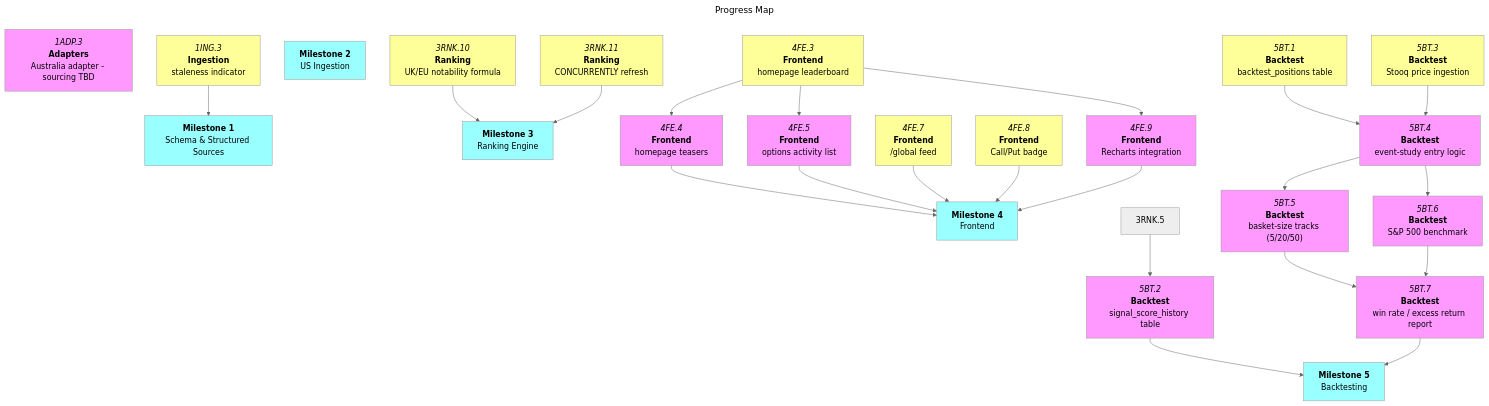
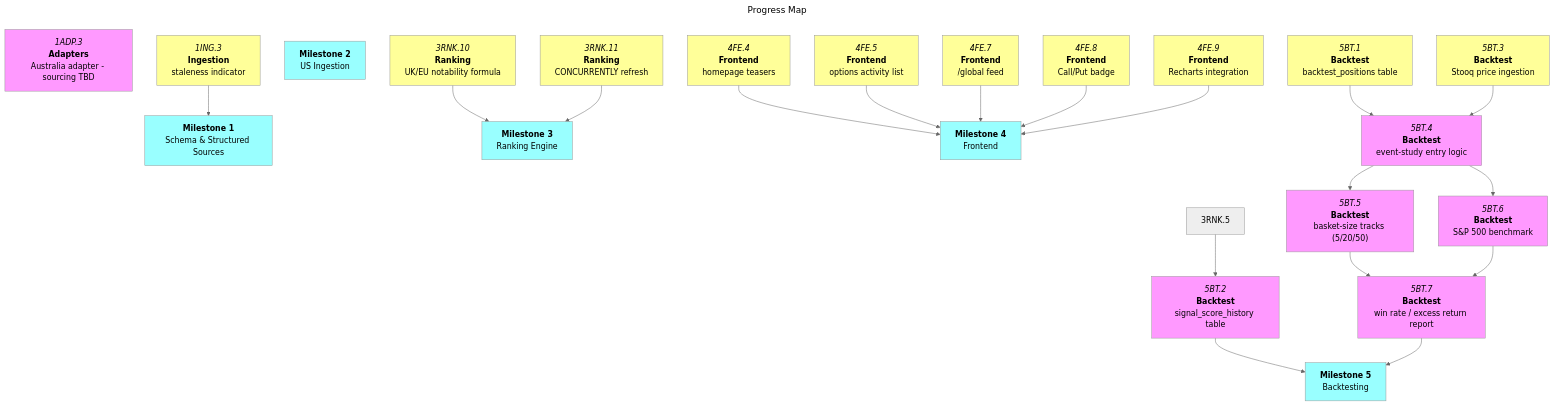
Before and after one commit to Oggie112/CrossBench: the diagram in docs/roadmaps/mvp.md, drawn with Mermaid (neutral theme). The commit also changed other lines of this file and 6 other files, not shown here.

First line of the commit message:
feat(frontend): build homepage top-5 leaderboard from mv_signal_scores (4FE.3)

````diff
--- a/docs/roadmaps/mvp.md
+++ b/docs/roadmaps/mvp.md
@@ -188,74 +189,69 @@
 ```mermaid
 ---
 title: Progress Map
 ---
 graph TD
 
 1ADP.3["`*1ADP.3*<br/>**Adapters**<br/>Australia adapter - sourcing TBD`"]:::blocked
 
 1ING.3["`*1ING.3*<br/>**Ingestion**<br/>staleness indicator`"]:::open
 
 m1["`**Milestone 1**<br/>Schema & Structured Sources`"]:::mile
 1ING.3 --> m1
 
 m2["`**Milestone 2**<br/>US Ingestion`"]:::mile
 
 3RNK.10["`*3RNK.10*<br/>**Ranking**<br/>UK/EU notability formula`"]:::open
 3RNK.10 --> m3
 
 3RNK.11["`*3RNK.11*<br/>**Ranking**<br/>CONCURRENTLY refresh`"]:::open
 3RNK.11 --> m3
 
 m3["`**Milestone 3**<br/>Ranking Engine`"]:::mile
 
-4FE.3["`*4FE.3*<br/>**Frontend**<br/>homepage leaderboard`"]:::open
+4FE.4["`*4FE.4*<br/>**Frontend**<br/>homepage teasers`"]:::open
 
-4FE.4["`*4FE.4*<br/>**Frontend**<br/>homepage teasers`"]:::blocked
-4FE.3 --> 4FE.4
-
-4FE.5["`*4FE.5*<br/>**Frontend**<br/>options activity list`"]:::blocked
-4FE.3 --> 4FE.5
+4FE.5["`*4FE.5*<br/>**Frontend**<br/>options activity list`"]:::open
 
 4FE.7["`*4FE.7*<br/>**Frontend**<br/>/global feed`"]:::open
 
 4FE.8["`*4FE.8*<br/>**Frontend**<br/>Call/Put badge`"]:::open
 
-4FE.9["`*4FE.9*<br/>**Frontend**<br/>Recharts integration`"]:::blocked
-4FE.3 --> 4FE.9
+4FE.9["`*4FE.9*<br/>**Frontend**<br/>Recharts integration`"]:::open
 
 m4["`**Milestone 4**<br/>Frontend`"]:::mile
 4FE.4 --> m4
 4FE.5 --> m4
 4FE.7 --> m4
 4FE.8 --> m4
 4FE.9 --> m4
 
 5BT.3["`*5BT.3*<br/>**Backtest**<br/>Stooq price ingestion`"]:::open
 
 5BT.1["`*5BT.1*<br/>**Backtest**<br/>backtest_positions table`"]:::open
 
 5BT.2["`*5BT.2*<br/>**Backtest**<br/>signal_score_history table`"]:::blocked
 3RNK.5 --> 5BT.2
 
 5BT.4["`*5BT.4*<br/>**Backtest**<br/>event-study entry logic`"]:::blocked
 5BT.1 --> 5BT.4
 5BT.3 --> 5BT.4
 
 5BT.5["`*5BT.5*<br/>**Backtest**<br/>basket-size tracks (5/20/50)`"]:::blocked
 5BT.4 --> 5BT.5
 
 5BT.6["`*5BT.6*<br/>**Backtest**<br/>S&P 500 benchmark`"]:::blocked
 5BT.4 --> 5BT.6
 
 5BT.7["`*5BT.7*<br/>**Backtest**<br/>win rate / excess return report`"]:::blocked
 5BT.5 --> 5BT.7
 5BT.6 --> 5BT.7
 
 m5["`**Milestone 5**<br/>Backtesting`"]:::mile
 5BT.2 --> m5
 5BT.7 --> m5
 
 classDef blocked fill:#f9f;
 classDef open fill:#ff9;
 classDef mile fill:#9ff;
 ```
````
